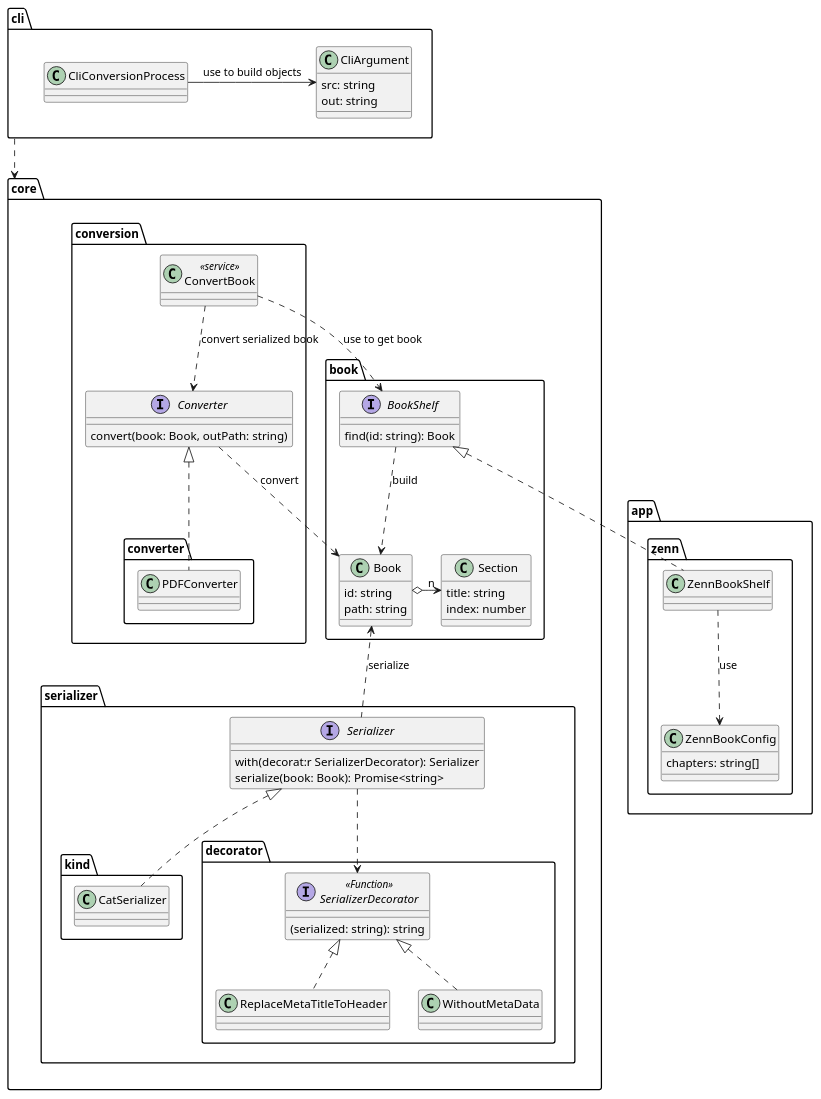
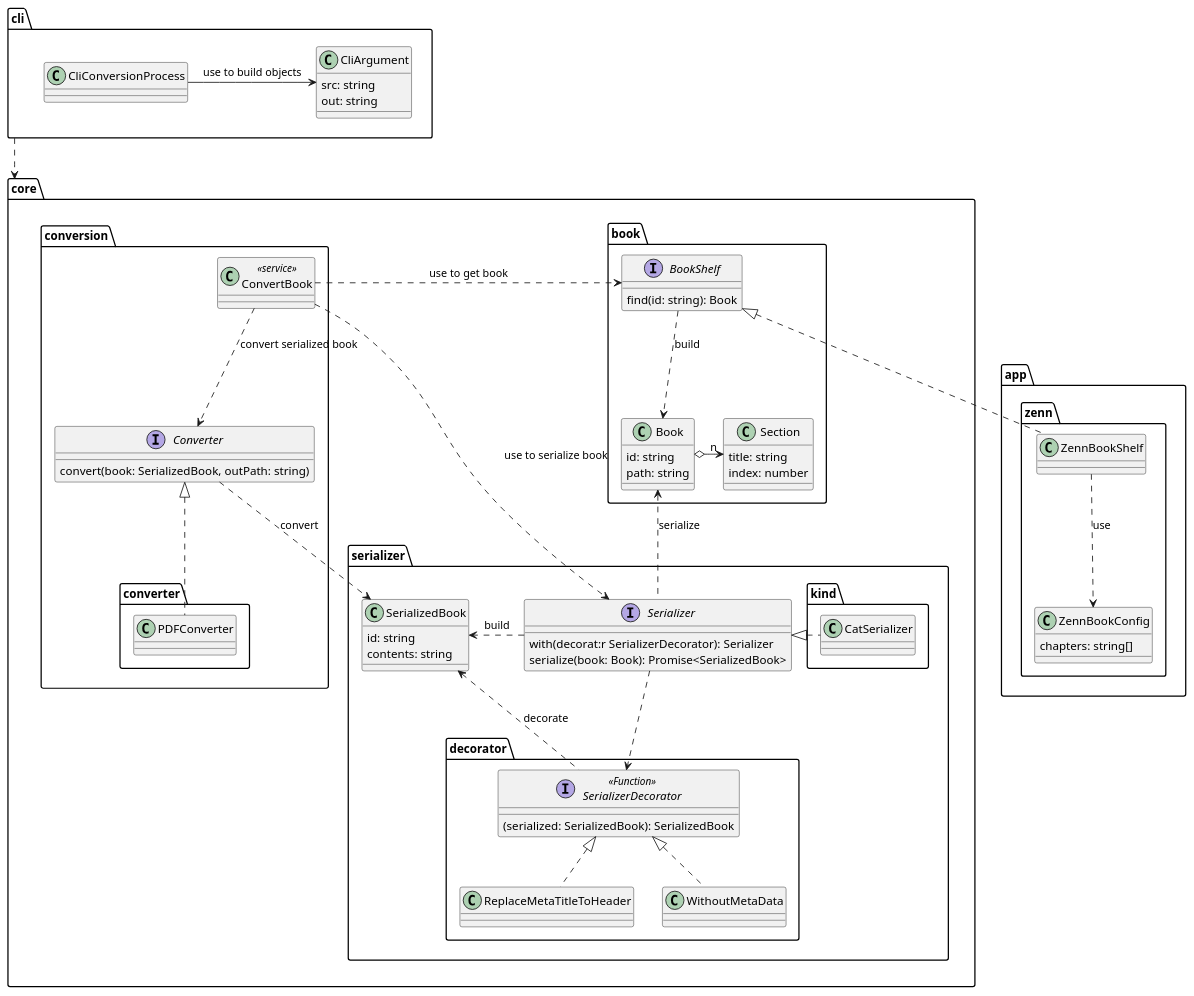
The diagram in scripts/books/book-to-pdf/docs/model.puml (tooppoo/zenn-docs), drawn with PlantUML before and after one commit.

Commit message:
update model

```diff
--- a/scripts/books/book-to-pdf/docs/model.puml
+++ b/scripts/books/book-to-pdf/docs/model.puml
@@ -1,84 +1,92 @@
 @startuml model to build pdf from markdown
 package core {
   package book {
     class Book {
       id: string
       path: string
     }
     class Section {
       title: string
       index: number
     }
 
     Book o-r-> "n" Section
 
     interface BookShelf {
       find(id: string): Book
     }
     BookShelf ..> Book : build
   }
 
   package serializer {
+    class SerializedBook {
+      id: string
+      contents: string
+    }
+
     interface Serializer {
       with(decorat:r SerializerDecorator): Serializer
-      serialize(book: Book): Promise<string>
+      serialize(book: Book): Promise<SerializedBook>
     }
     Serializer .u.> Book : serialize
+    Serializer .r.> SerializedBook : build
 
     package kind {
-      CatSerializer .u.|> Serializer
+      CatSerializer .l.|> Serializer
     }
 
     package decorator {
       interface SerializerDecorator << Function >> {
-        (serialized: string): string
+        (serialized: SerializedBook): SerializedBook
       }
 
       ReplaceMetaTitleToHeader .u.|> SerializerDecorator
       WithoutMetaData .u.|> SerializerDecorator
+
+      SerializerDecorator .u.> SerializedBook : decorate
     }
     Serializer ..> SerializerDecorator
-
   }
 
   package conversion {
     interface Converter {
-      convert(book: Book, outPath: string)
+      convert(book: SerializedBook, outPath: string)
     }
-    Converter ..> Book : convert
+    Converter ..> SerializedBook : convert
 
     class ConvertBook << service >>
     ConvertBook ..> Converter : convert serialized book
-    ConvertBook ..> BookShelf : use to get book
+    ConvertBook .r.> BookShelf : use to get book
+    ConvertBook ..> Serializer : use to serialize book
 
     package converter {
       class PDFConverter
       PDFConverter .u.|> Converter
     }
   }
 }
 
 package app {
   package zenn {
     class ZennBookShelf
     ZennBookShelf .u.|> BookShelf
 
     class ZennBookConfig {
       chapters: string[]
     }
     ZennBookShelf ..> ZennBookConfig : use
   }
 }
 
 package cli {
   class CliArgument {
     src: string
     out: string
   }
 
   class CliConversionProcess
   CliConversionProcess -r-> CliArgument : use to build objects
 }
 
 cli ..> core
 @enduml
```
